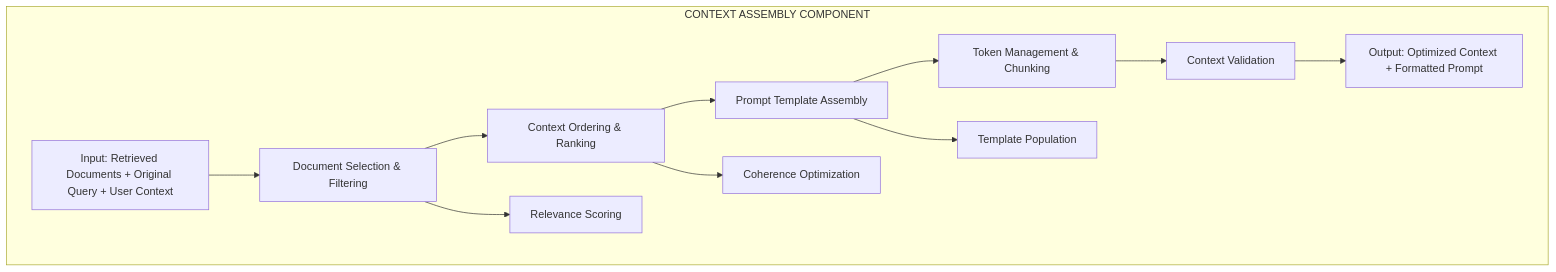
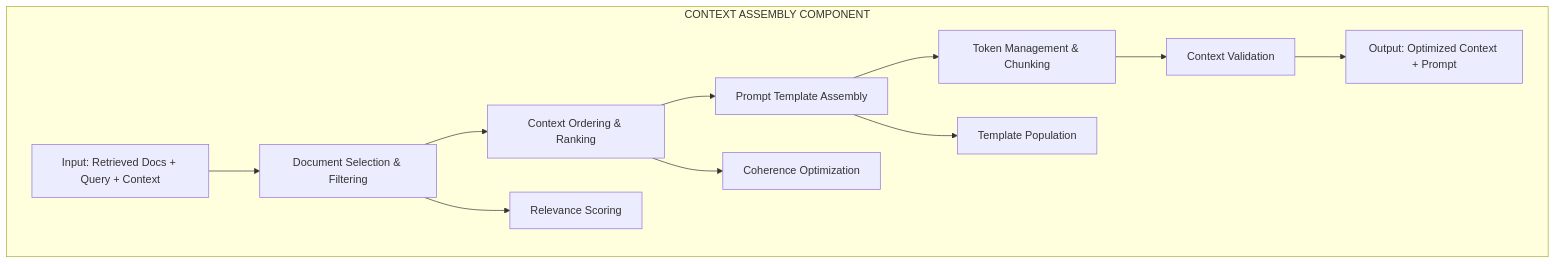
One commit to satinath-nit/llm-rag-cookbook changed the fifth of 21 diagrams in rag_solution_architecture_document (1).md. Above: the diagram before and after it, drawn with Mermaid. The commit also changed other lines of this file, not shown here.

````diff
--- a/rag_solution_architecture_document (1).md
+++ b/rag_solution_architecture_document (1).md
@@ -272,30 +272,30 @@
 ```mermaid
 graph TB
     subgraph "CONTEXT ASSEMBLY COMPONENT"
-        Input[Input: Retrieved Documents + Original Query + User Context]
+        Input[Input: Retrieved Docs + Query + Context]
         
         DocSelect[Document Selection & Filtering]
         ContextOrder[Context Ordering & Ranking]
         PromptTemplate[Prompt Template Assembly]
         TokenMgmt[Token Management & Chunking]
         
         RelevanceScore[Relevance Scoring]
         CoherenceOpt[Coherence Optimization]
         TemplatePopulation[Template Population]
         ContextValidation[Context Validation]
         
-        Output[Output: Optimized Context + Formatted Prompt]
+        Output[Output: Optimized Context + Prompt]
         
         Input --> DocSelect
         DocSelect --> ContextOrder
         ContextOrder --> PromptTemplate
         PromptTemplate --> TokenMgmt
         
         DocSelect --> RelevanceScore
         ContextOrder --> CoherenceOpt
         PromptTemplate --> TemplatePopulation
         TokenMgmt --> ContextValidation
         
         ContextValidation --> Output
     end
 ```
````
